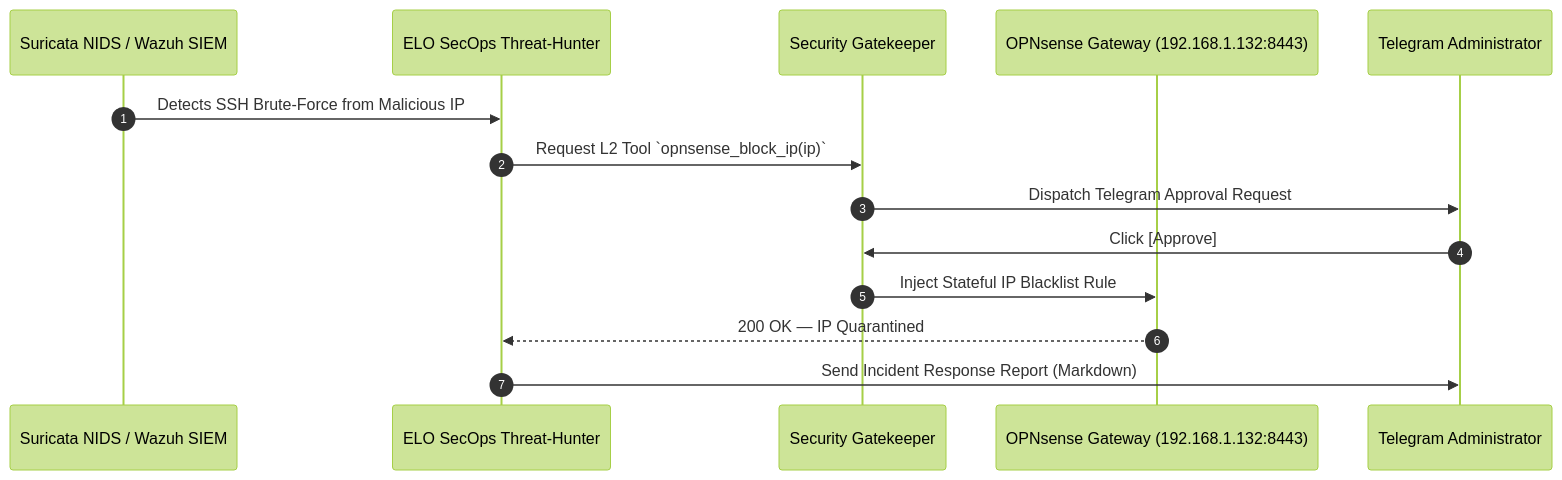
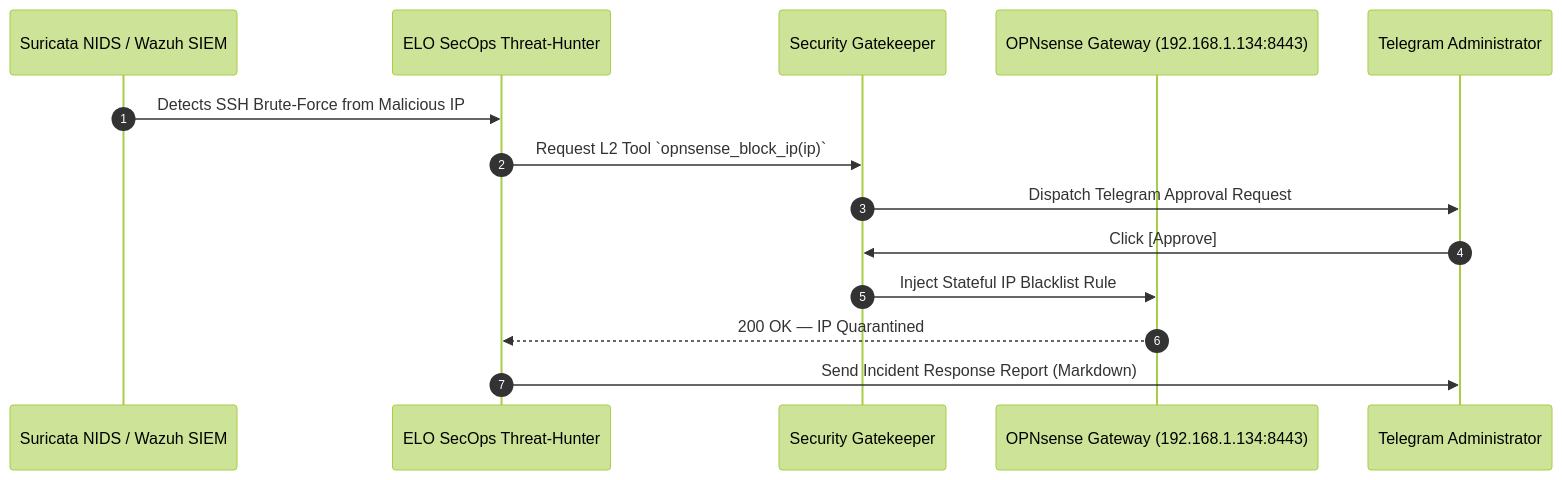
The third of 3 diagrams in SECURITY.md (stefanutc1/datacenter), drawn with Mermaid (forest theme) before and after one commit. The commit also changed 8 other files, not shown here.

````diff
--- a/SECURITY.md
+++ b/SECURITY.md
@@ -134,17 +134,17 @@
 ```mermaid
 sequenceDiagram
     autonumber
     participant Suricata as Suricata NIDS / Wazuh SIEM
     participant SecOps as ELO SecOps Threat-Hunter
     participant Gatekeeper as Security Gatekeeper
-    participant OPNsense as OPNsense Gateway (192.168.1.132:8443)
+    participant OPNsense as OPNsense Gateway (192.168.1.134:8443)
     participant Admin as Telegram Administrator
 
     Suricata->>SecOps: Detects SSH Brute-Force from Malicious IP
     SecOps->>Gatekeeper: Request L2 Tool `opnsense_block_ip(ip)`
     Gatekeeper->>Admin: Dispatch Telegram Approval Request
     Admin->>Gatekeeper: Click [Approve]
     Gatekeeper->>OPNsense: Inject Stateful IP Blacklist Rule
     OPNsense-->>SecOps: 200 OK — IP Quarantined
     SecOps->>Admin: Send Incident Response Report (Markdown)
 ```
````
